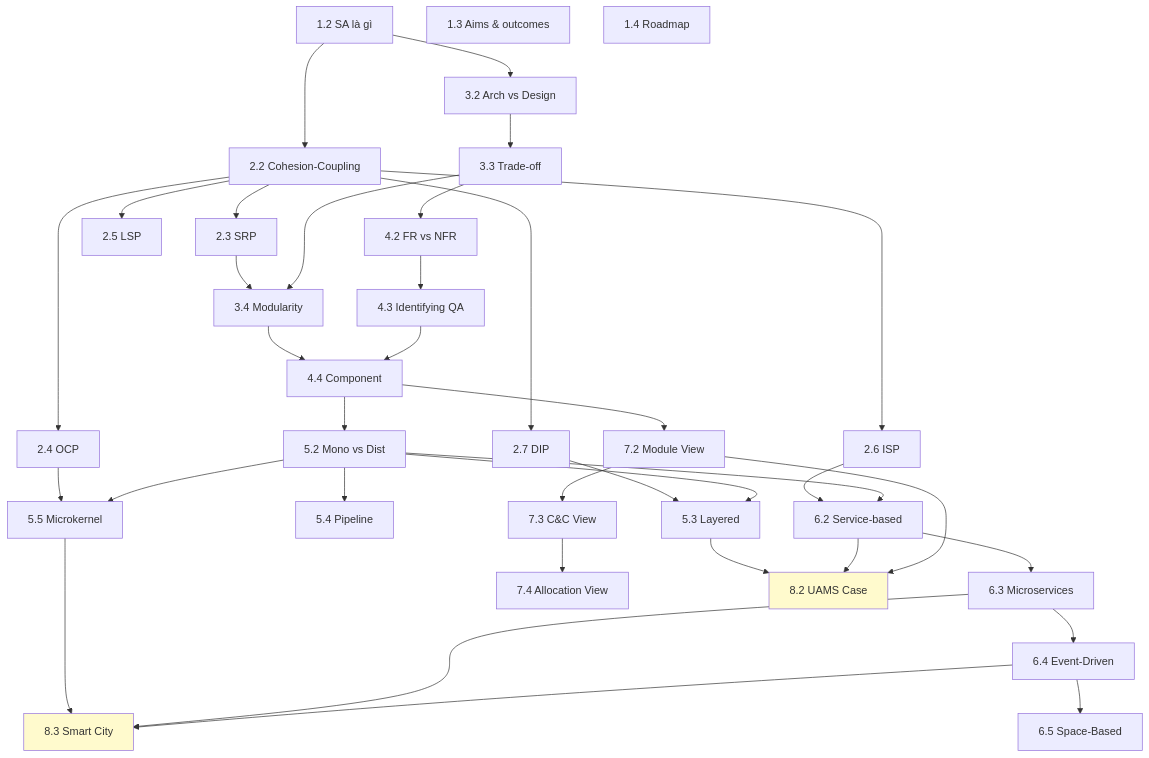
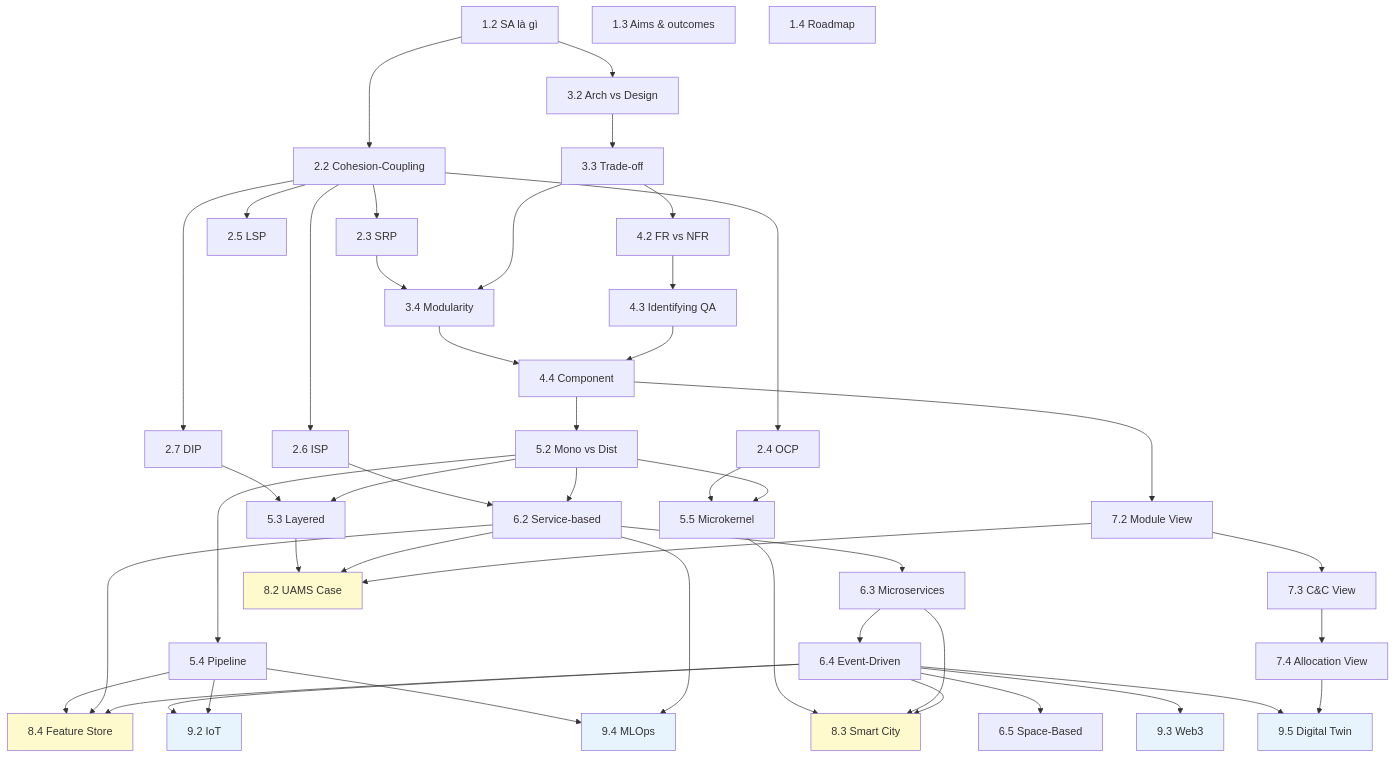
The diagram in docs/resources/cross-reference.md (tuandung222/software-architecture-foundation), drawn with Mermaid before and after one commit. The commit also changed other lines of this file and 32 other files, not shown here.

Commit message:
Add advanced architecture seminar topics

````diff
--- a/docs/resources/cross-reference.md
+++ b/docs/resources/cross-reference.md
@@ -56,6 +56,13 @@
     %% Cụm 8
     C8_2[8.2 UAMS Case]
     C8_3[8.3 Smart City]
+    C8_4[8.4 Feature Store]
+    
+    %% Cụm 9
+    C9_2[9.2 IoT]
+    C9_3[9.3 Web3]
+    C9_4[9.4 MLOps]
+    C9_5[9.5 Digital Twin]
     
     %% Dependencies
     C1_2 --> C2_2
@@ -100,7 +107,23 @@
     C5_5 --> C8_3
     C6_3 --> C8_3
     C6_4 --> C8_3
+    C5_4 --> C8_4
+    C6_2 --> C8_4
+    C6_4 --> C8_4
+
+    C6_4 --> C9_2
+    C5_4 --> C9_2
+    C6_4 --> C9_3
+    C5_4 --> C9_4
+    C6_2 --> C9_4
+    C6_4 --> C9_5
+    C7_4 --> C9_5
     
     style C8_2 fill:#fffacd
     style C8_3 fill:#fffacd
+    style C8_4 fill:#fffacd
+    style C9_2 fill:#e8f4fd
+    style C9_3 fill:#e8f4fd
+    style C9_4 fill:#e8f4fd
+    style C9_5 fill:#e8f4fd
 ```
````
